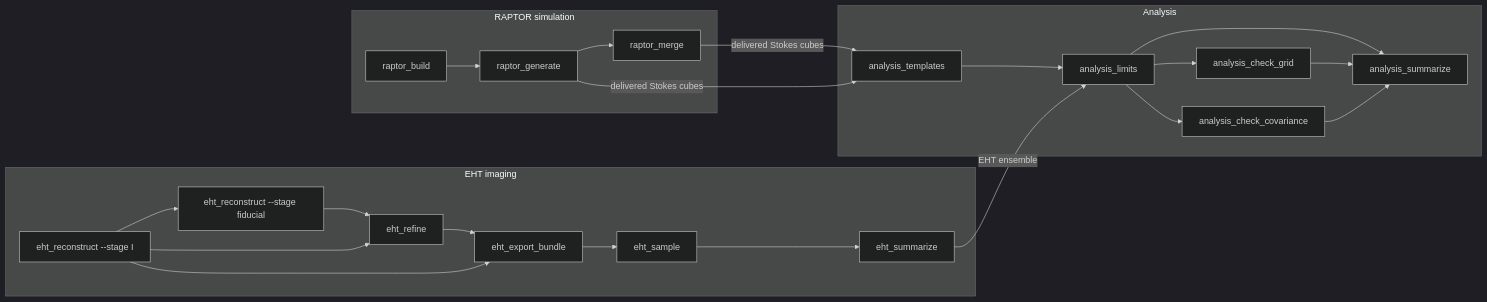
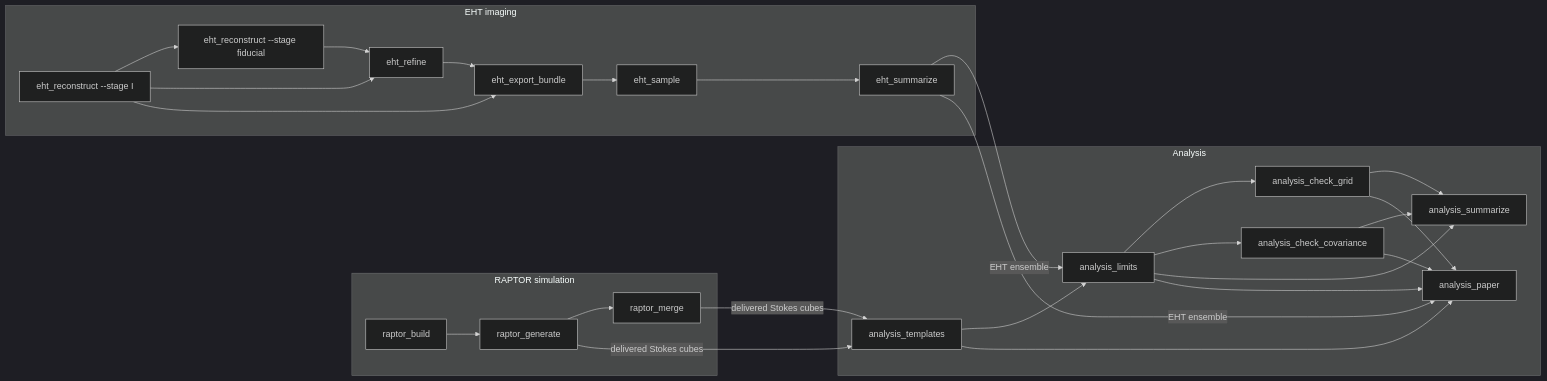
Before and after one commit to ProjectEHT-PKU/EHT-axion-pixel-by-pixel-analysis: the diagram in docs/en/overview.md, drawn with Mermaid (dark theme). The commit also changed other lines of this file and 16 other files, not shown here.

First line of the commit message:
analysis_paper: everything the paper uses from the pipeline, as one stage

````diff
--- a/docs/en/overview.md
+++ b/docs/en/overview.md
@@ -50,27 +50,32 @@
 ```mermaid
 flowchart LR
   subgraph RAPTOR["RAPTOR simulation"]
     RB[raptor_build] --> RG[raptor_generate]
     RG --> RM[raptor_merge]
   end
   subgraph EHT["EHT imaging"]
     EI[eht_reconstruct --stage I] --> EF[eht_reconstruct --stage fiducial]
     EF --> ER[eht_refine]
     EI --> ER
     ER --> EB[eht_export_bundle]
     EI --> EB
     EB --> ES[eht_sample]
     ES --> EM[eht_summarize]
   end
   subgraph AN["Analysis"]
     AT[analysis_templates] --> AL[analysis_limits]
     AL --> AG[analysis_check_grid]
     AL --> AC[analysis_check_covariance]
     AL --> AS[analysis_summarize]
     AG --> AS
     AC --> AS
+    AT --> AP[analysis_paper]
+    AL --> AP
+    AG --> AP
+    AC --> AP
   end
   RM -- "delivered Stokes cubes" --> AT
   RG -- "delivered Stokes cubes" --> AT
   EM -- "EHT ensemble" --> AL
+  EM -- "EHT ensemble" --> AP
 ```
````
